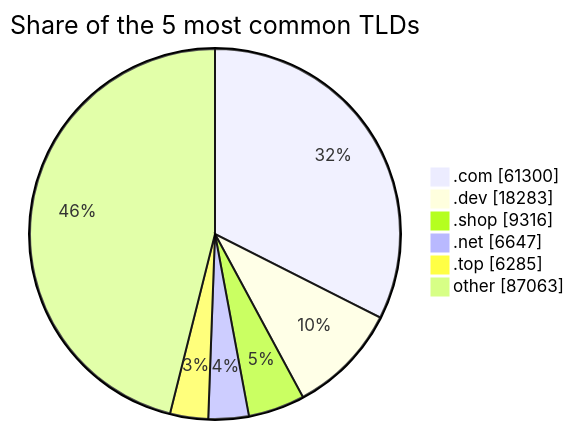
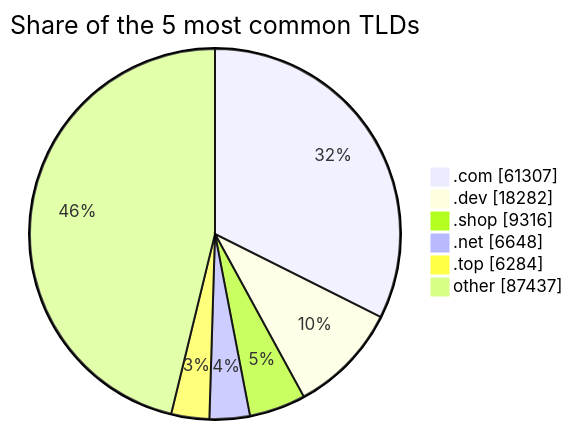
One commit to DNSBunker/CTI changed the third of 3 diagrams in README.md. Above: the diagram before and after it, drawn with Mermaid. The commit also changed other lines of this file and 3 other files, not shown here.

````diff
--- a/README.md
+++ b/README.md
@@ -81,9 +81,9 @@
 ```mermaid
 pie showData title Share of the 5 most common TLDs
-    ".com" : 61300
-    ".dev" : 18283
+    ".com" : 61307
+    ".dev" : 18282
     ".shop" : 9316
-    ".net" : 6647
-    ".top" : 6285
-    "other" : 87063
+    ".net" : 6648
+    ".top" : 6284
+    "other" : 87437
 ```
````
